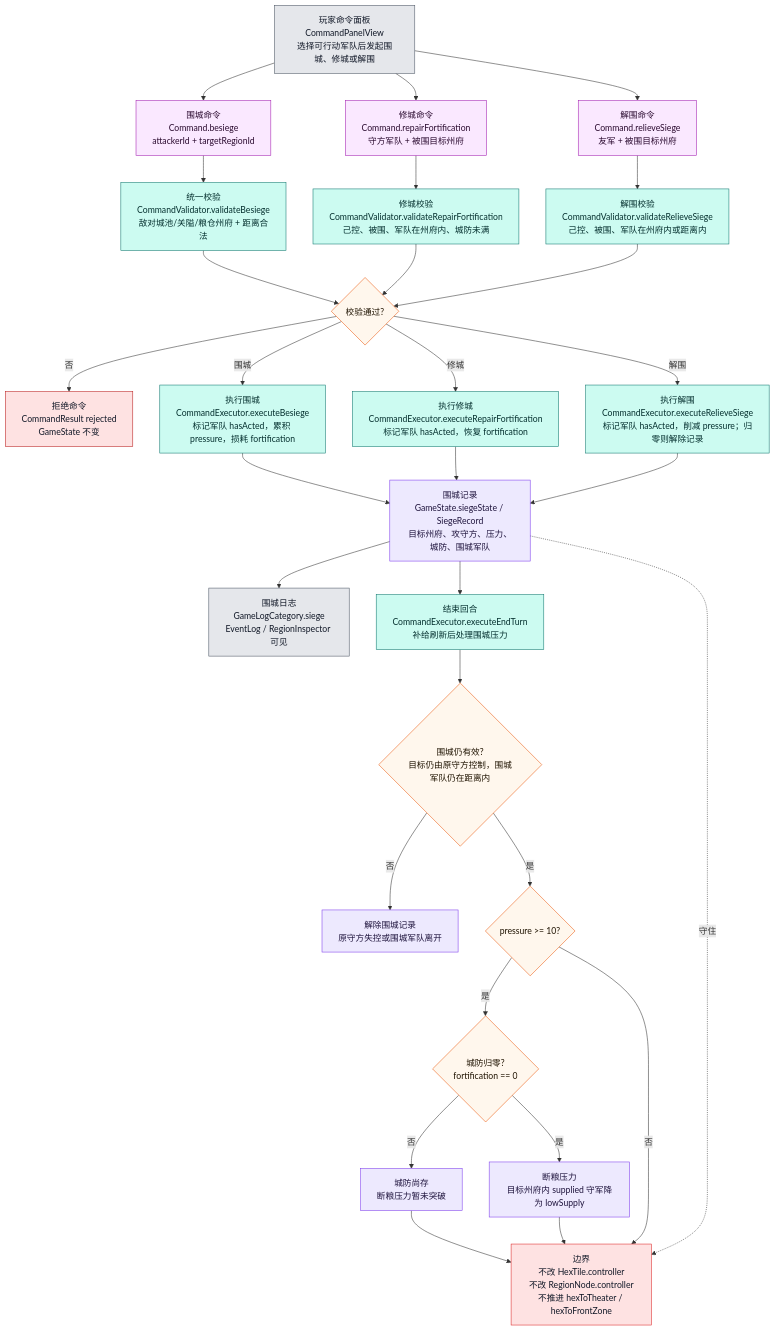
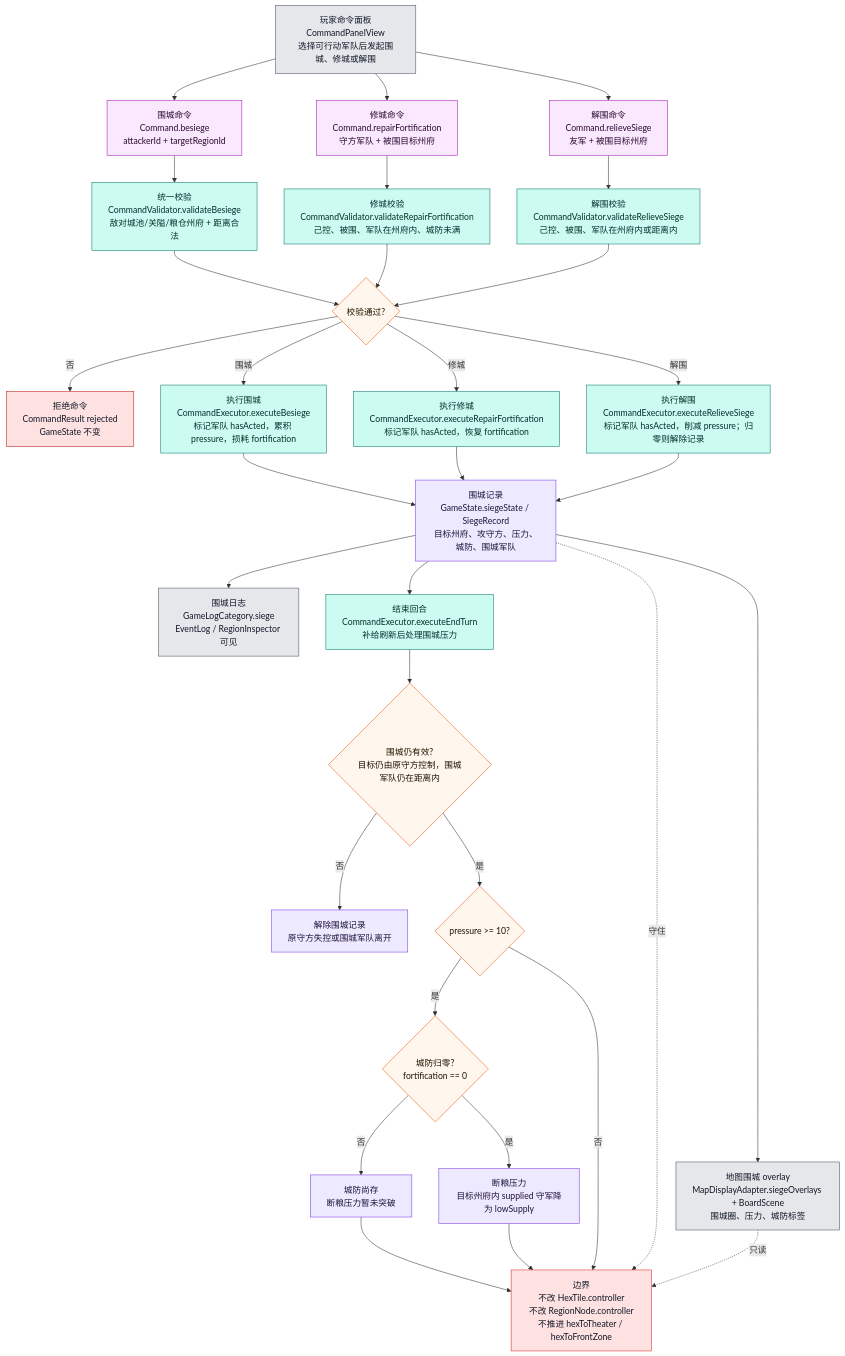
Before and after one commit to Altman-sam114/125: the sixth of 12 diagrams in md/flow/flowchart.md, drawn with Mermaid. The commit also changed other lines of this file and 7 other files, not shown here.

Commit message:
feat(siege): draw map siege overlay

````diff
--- a/md/flow/flowchart.md
+++ b/md/flow/flowchart.md
@@ -290,49 +290,52 @@
 ```mermaid
 flowchart TD
     UI["玩家命令面板<br/>CommandPanelView<br/>选择可行动军队后发起围城、修城或解围"]:::ui
     CMD["围城命令<br/>Command.besiege<br/>attackerId + targetRegionId"]:::command
     VALID["统一校验<br/>CommandValidator.validateBesiege<br/>敌对城池/关隘/粮仓州府 + 距离合法"]:::rules
     REPAIR["修城命令<br/>Command.repairFortification<br/>守方军队 + 被围目标州府"]:::command
     RVALID["修城校验<br/>CommandValidator.validateRepairFortification<br/>己控、被围、军队在州府内、城防未满"]:::rules
     RELIEVE["解围命令<br/>Command.relieveSiege<br/>友军 + 被围目标州府"]:::command
     LVALID["解围校验<br/>CommandValidator.validateRelieveSiege<br/>己控、被围、军队在州府内或距离内"]:::rules
     PASS{"校验通过?"}:::decision
     REJECT["拒绝命令<br/>CommandResult rejected<br/>GameState 不变"]:::stop
     EXEC["执行围城<br/>CommandExecutor.executeBesiege<br/>标记军队 hasActed，累积 pressure，损耗 fortification"]:::rules
     REXEC["执行修城<br/>CommandExecutor.executeRepairFortification<br/>标记军队 hasActed，恢复 fortification"]:::rules
     LEXEC["执行解围<br/>CommandExecutor.executeRelieveSiege<br/>标记军队 hasActed，削减 pressure；归零则解除记录"]:::rules
     STATE["围城记录<br/>GameState.siegeState / SiegeRecord<br/>目标州府、攻守方、压力、城防、围城军队"]:::state
+    DISPLAY["地图围城 overlay<br/>MapDisplayAdapter.siegeOverlays + BoardScene<br/>围城圈、压力、城防标签"]:::ui
     LOG["围城日志<br/>GameLogCategory.siege<br/>EventLog / RegionInspector 可见"]:::ui
     END["结束回合<br/>CommandExecutor.executeEndTurn<br/>补给刷新后处理围城压力"]:::rules
     HOLD{"围城仍有效?<br/>目标仍由原守方控制，围城军队仍在距离内"}:::decision
     LIFT["解除围城记录<br/>原守方失控或围城军队离开"]:::state
     PRESS{"pressure >= 10?"}:::decision
     WALL{"城防归零?<br/>fortification == 0"}:::decision
     BLOCK["城防尚存<br/>断粮压力暂未突破"]:::state
     LOW["断粮压力<br/>目标州府内 supplied 守军降为 lowSupply"]:::state
     HEX["边界<br/>不改 HexTile.controller<br/>不改 RegionNode.controller<br/>不推进 hexToTheater / hexToFrontZone"]:::authority
 
     UI --> CMD --> VALID --> PASS
     UI --> REPAIR --> RVALID --> PASS
     UI --> RELIEVE --> LVALID --> PASS
     PASS -->|否| REJECT
     PASS -->|围城| EXEC --> STATE --> LOG
     PASS -->|修城| REXEC --> STATE
     PASS -->|解围| LEXEC --> STATE
+    STATE --> DISPLAY
     STATE --> END --> HOLD
     HOLD -->|否| LIFT
     HOLD -->|是| PRESS
     PRESS -->|是| WALL
     WALL -->|否| BLOCK --> HEX
     WALL -->|是| LOW --> HEX
     PRESS -->|否| HEX
     STATE -.守住.-> HEX
+    DISPLAY -.只读.-> HEX
 
     classDef ui fill:#e5e7eb,stroke:#4b5563,color:#111827
     classDef command fill:#fae8ff,stroke:#a21caf,color:#2a0a2f
     classDef rules fill:#ccfbf1,stroke:#0f766e,color:#042f2e
     classDef decision fill:#fff7ed,stroke:#ea580c,color:#1f1300
     classDef stop fill:#fee2e2,stroke:#b91c1c,color:#111827
     classDef state fill:#ede9fe,stroke:#7c3aed,color:#1f143d
     classDef authority fill:#fee2e2,stroke:#dc2626,color:#111827
 ```
````
